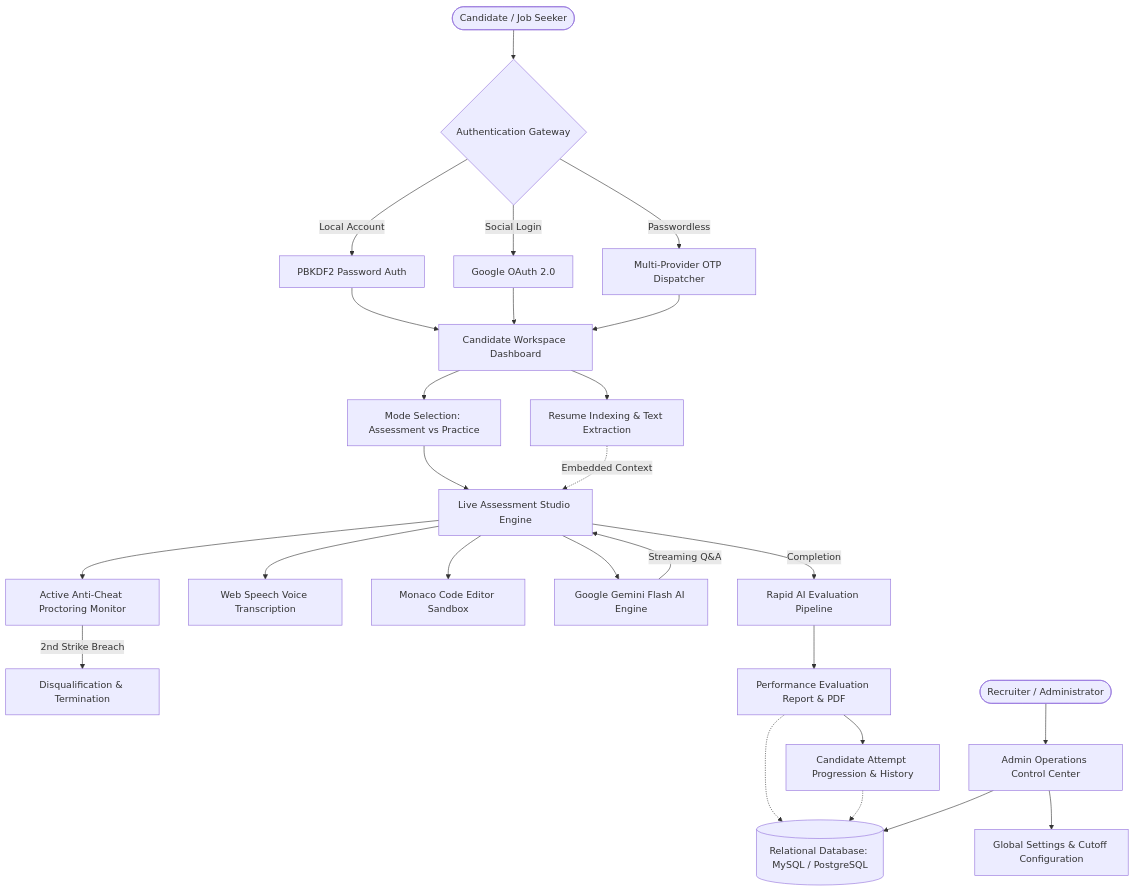
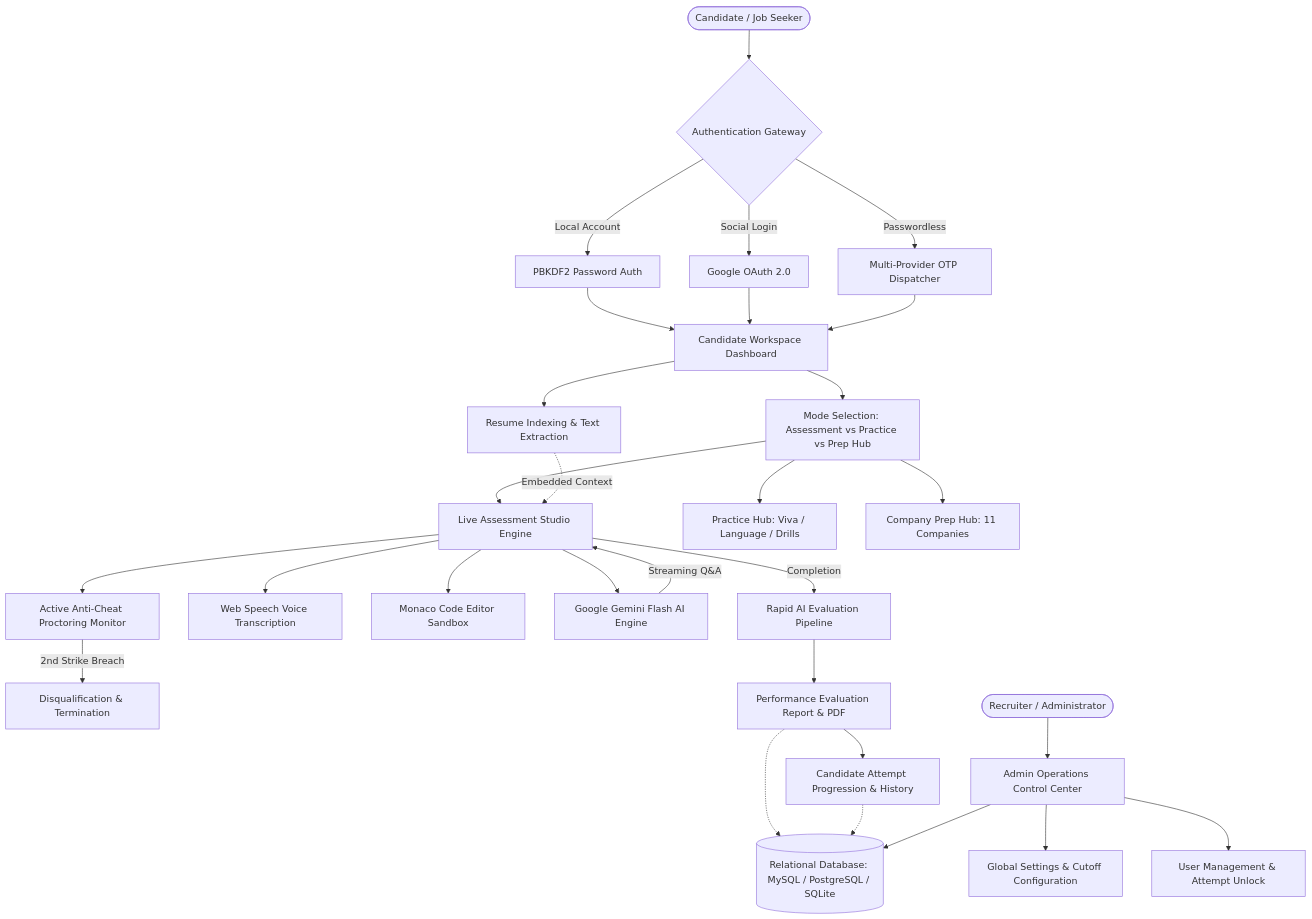
The first of 2 diagrams in README.md (MR360-TECH/AI_INTERVIEW_PLATFORM), drawn with Mermaid before and after one commit. The commit also changed other lines of this file, not shown here.

Commit message:
docs: upgrade README to professional level with project backstory, app flow, company prep hub, roadmap, FAQ, and contributing guide

````diff
--- a/README.md
+++ b/README.md
@@ -35,37 +150,40 @@
 ```mermaid
 flowchart TD
     User([Candidate / Job Seeker]) --> AuthLayer{Authentication Gateway}
     
     AuthLayer -->|Local Account| LocalLogin[PBKDF2 Password Auth]
     AuthLayer -->|Social Login| GoogleOAuth[Google OAuth 2.0]
     AuthLayer -->|Passwordless| OTPAuth[Multi-Provider OTP Dispatcher]
     
     LocalLogin --> Dashboard[Candidate Workspace Dashboard]
     GoogleOAuth --> Dashboard
     OTPAuth --> Dashboard
     
     Dashboard --> ResumeUpload[Resume Indexing & Text Extraction]
-    Dashboard --> TrackSelection[Mode Selection: Assessment vs Practice]
+    Dashboard --> TrackSelection[Mode Selection: Assessment vs Practice vs Prep Hub]
     
     TrackSelection --> InterviewEngine[Live Assessment Studio Engine]
+    TrackSelection --> PracticeHub[Practice Hub: Viva / Language / Drills]
+    TrackSelection --> CompanyPrep[Company Prep Hub: 11 Companies]
     ResumeUpload -.->|Embedded Context| InterviewEngine
     
     InterviewEngine --> Proctor[Active Anti-Cheat Proctoring Monitor]
     InterviewEngine --> VoiceInput[Web Speech Voice Transcription]
     InterviewEngine --> Monaco[Monaco Code Editor Sandbox]
     InterviewEngine --> GeminiEngine[Google Gemini Flash AI Engine]
     
     GeminiEngine -->|Streaming Q&A| InterviewEngine
     Proctor -->|2nd Strike Breach| Terminate[Disqualification & Termination]
     
     InterviewEngine -->|Completion| ResultGen[Rapid AI Evaluation Pipeline]
     ResultGen --> Scorecard[Performance Evaluation Report & PDF]
     Scorecard --> History[Candidate Attempt Progression & History]
     
-    Scorecard -.-> DB[(Relational Database: MySQL / PostgreSQL)]
+    Scorecard -.-> DB[(Relational Database: MySQL / PostgreSQL / SQLite)]
     History -.-> DB
     
     AdminUser([Recruiter / Administrator]) --> AdminPanel[Admin Operations Control Center]
     AdminPanel --> DB
     AdminPanel --> ConfigMgmt[Global Settings & Cutoff Configuration]
+    AdminPanel --> UserMgmt[User Management & Attempt Unlock]
 ```
````
